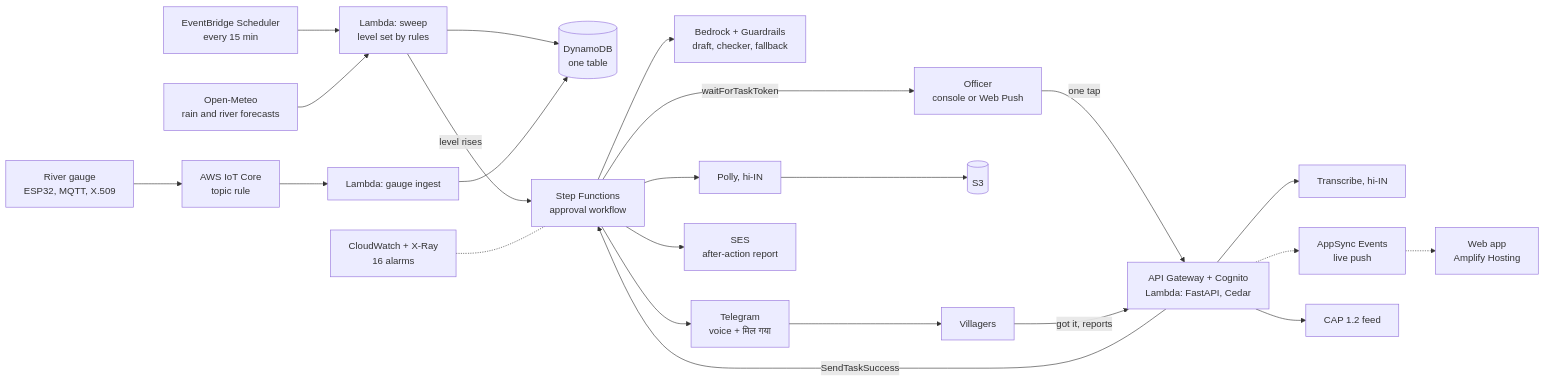
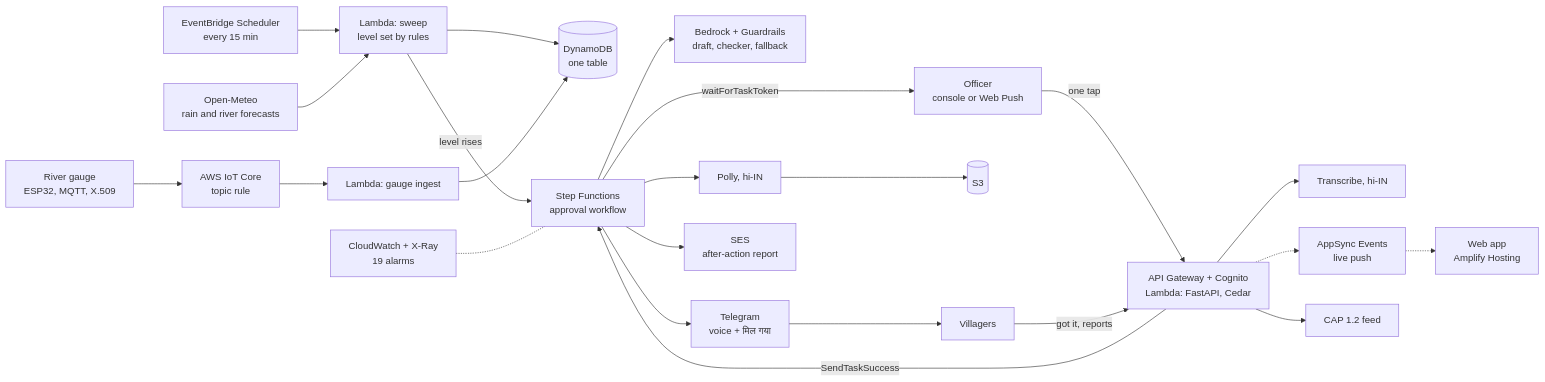
One commit to Prashant-thakur77/pukaar changed the diagram in README.md. Above: the diagram before and after it, drawn with Mermaid. The commit also changed other lines of this file and 80 other files, not shown here.

````diff
--- a/README.md
+++ b/README.md
@@ -242,21 +242,21 @@
 ```mermaid
 flowchart LR
   EB["EventBridge Scheduler<br/>every 15 min"] --> SW["Lambda: sweep<br/>level set by rules"]
   OM["Open-Meteo<br/>rain and river forecasts"] --> SW
   GA["River gauge<br/>ESP32, MQTT, X.509"] --> IOT["AWS IoT Core<br/>topic rule"] --> GI["Lambda: gauge ingest"]
   SW --> DB[("DynamoDB<br/>one table")]
   GI --> DB
   SW -- "level rises" --> SF["Step Functions<br/>approval workflow"]
   SF --> BR["Bedrock + Guardrails<br/>draft, checker, fallback"]
   SF -- "waitForTaskToken" --> OF["Officer<br/>console or Web Push"]
   OF -- "one tap" --> API["API Gateway + Cognito<br/>Lambda: FastAPI, Cedar"]
   API -- "SendTaskSuccess" --> SF
   SF --> PO["Polly, hi-IN"] --> S3[("S3")]
   SF --> TG["Telegram<br/>voice + मिल गया"] --> VI["Villagers"]
   VI -- "got it, reports" --> API
   API --> TR["Transcribe, hi-IN"]
   API -.-> AS["AppSync Events<br/>live push"] -.-> WEB["Web app<br/>Amplify Hosting"]
   API --> CAP["CAP 1.2 feed"]
   SF --> SES["SES<br/>after-action report"]
-  CW["CloudWatch + X-Ray<br/>16 alarms"] -.- SF
+  CW["CloudWatch + X-Ray<br/>19 alarms"] -.- SF
 ```
````
